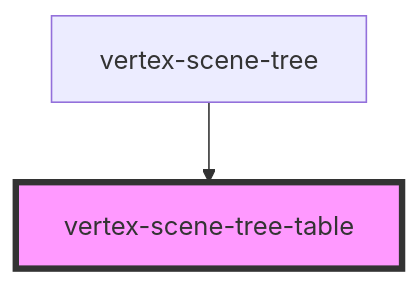
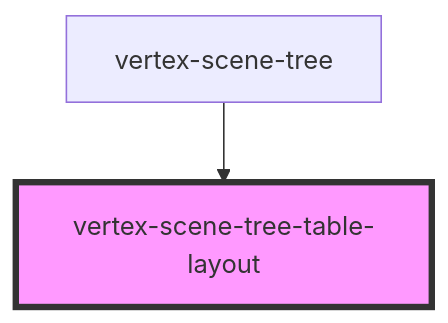
Before and after one commit to Vertexvis/vertex-web-sdk: the diagram in packages/viewer/src/components/scene-tree-table-layout/readme.md, drawn with Mermaid. The commit also changed other lines of this file and 4 other files, not shown here.

````diff
--- a/packages/viewer/src/components/scene-tree-table-layout/readme.md
+++ b/packages/viewer/src/components/scene-tree-table-layout/readme.md
@@ -57,5 +32,5 @@
 ```mermaid
 graph TD;
-  vertex-scene-tree --> vertex-scene-tree-table
-  style vertex-scene-tree-table fill:#f9f,stroke:#333,stroke-width:4px
+  vertex-scene-tree --> vertex-scene-tree-table-layout
+  style vertex-scene-tree-table-layout fill:#f9f,stroke:#333,stroke-width:4px
 ```
````
